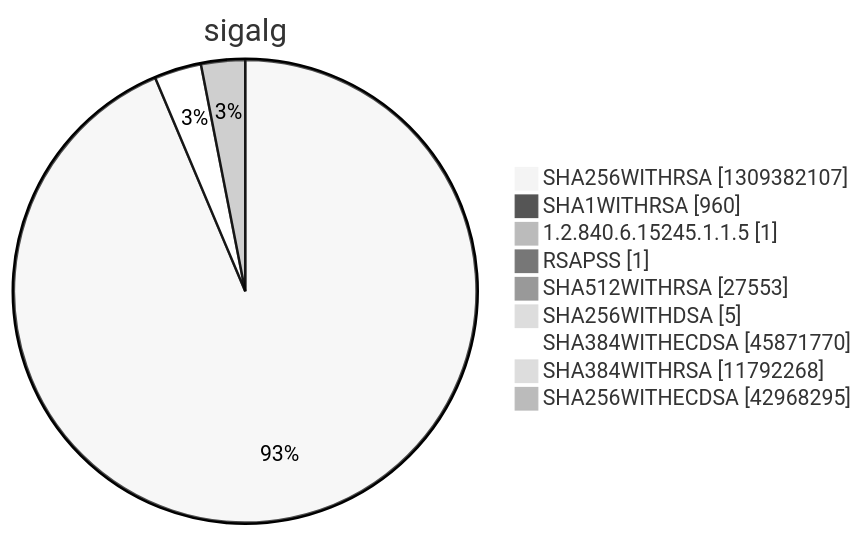
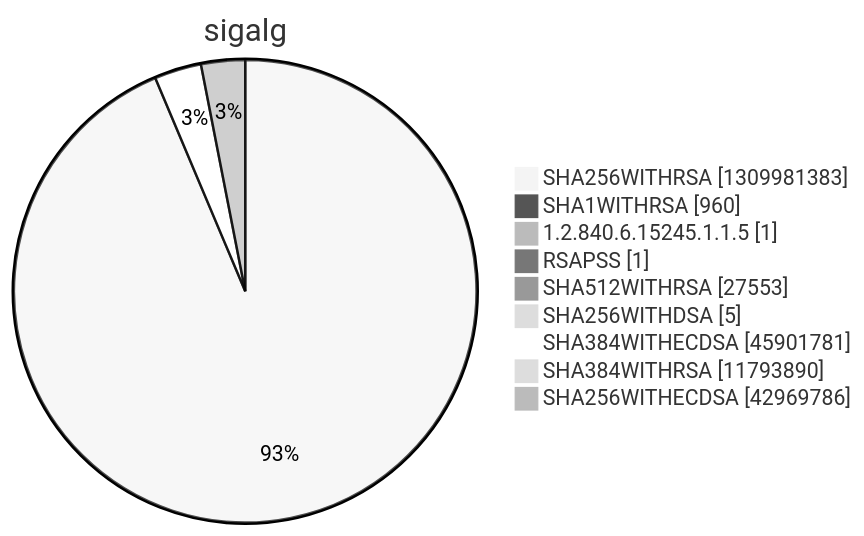
Diagram 15 of 15 in argon2022/README.md (christiankrug/ctmonitor_visualization), drawn with Mermaid (neutral theme) before and after one commit. The commit also changed other lines of this file, not shown here.

````diff
--- a/argon2022/README.md
+++ b/argon2022/README.md
@@ -5523,13 +5523,13 @@
 ```mermaid
 pie showData
 title sigalg
-"SHA256WITHRSA" :1309382107
+"SHA256WITHRSA" :1309981383
 "SHA1WITHRSA" :960
 "1.2.840.6.15245.1.1.5" :1
 "RSAPSS" :1
 "SHA512WITHRSA" :27553
 "SHA256WITHDSA" :5
-"SHA384WITHECDSA" :45871770
-"SHA384WITHRSA" :11792268
-"SHA256WITHECDSA" :42968295
+"SHA384WITHECDSA" :45901781
+"SHA384WITHRSA" :11793890
+"SHA256WITHECDSA" :42969786
 ```
````
